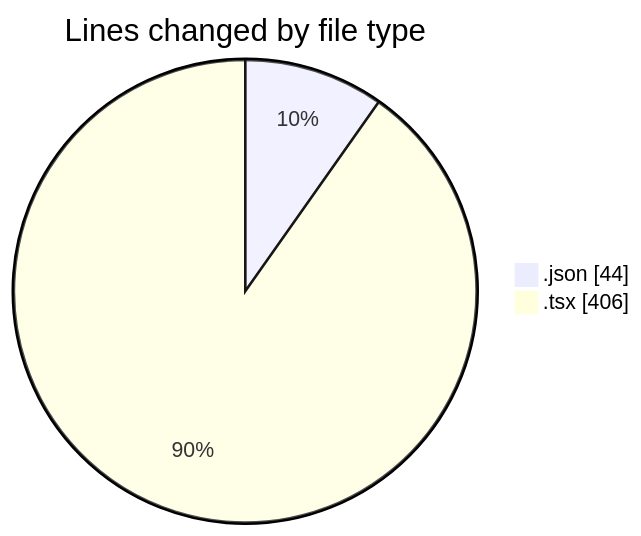
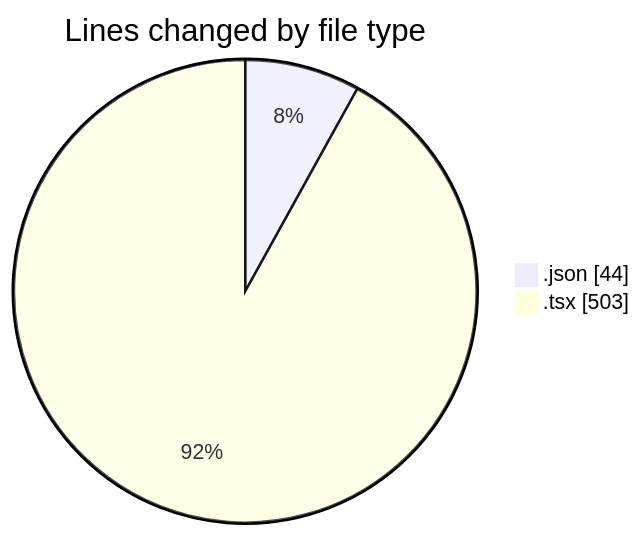
Before and after one commit to robertbonfada/code-tracking: the first of 2 diagrams in 2025-03-18/peregrino-web/README.md, drawn with Mermaid. The commit also changed other lines of this file and 1 other file, not shown here.

````diff
--- a/2025-03-18/peregrino-web/README.md
+++ b/2025-03-18/peregrino-web/README.md
@@ -24,6 +25,6 @@
 ```mermaid
 pie showData
 title Lines changed by file type
 ".json" : 44
-".tsx" : 406
+".tsx" : 503
 ```
````
